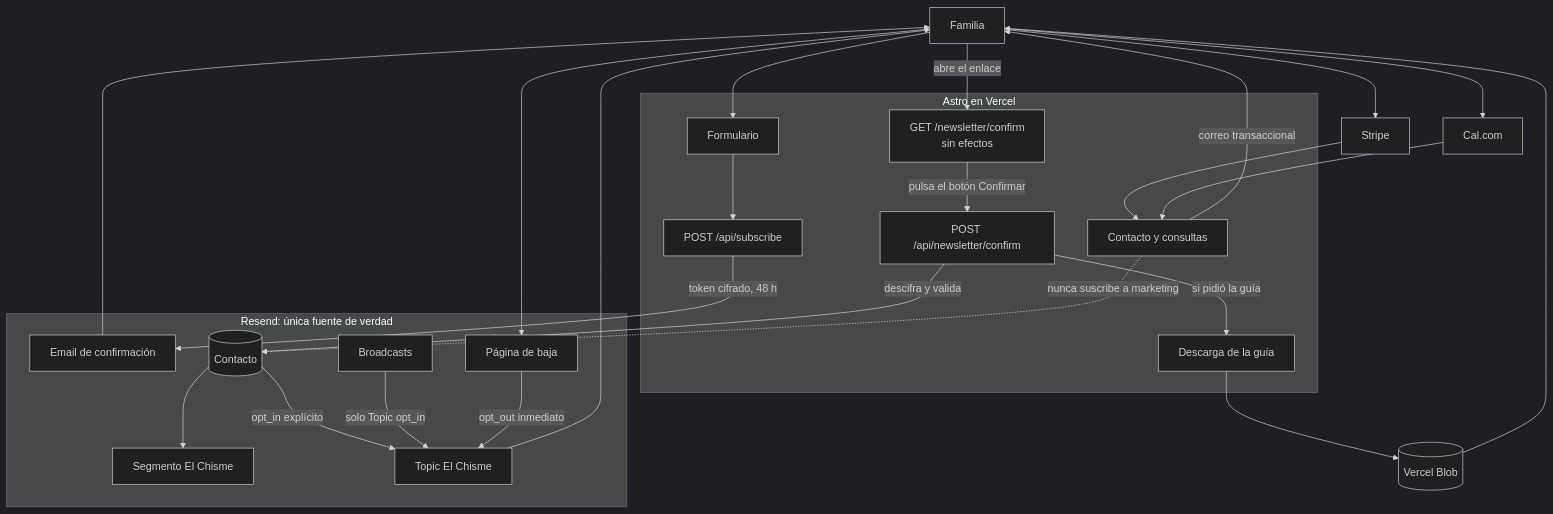
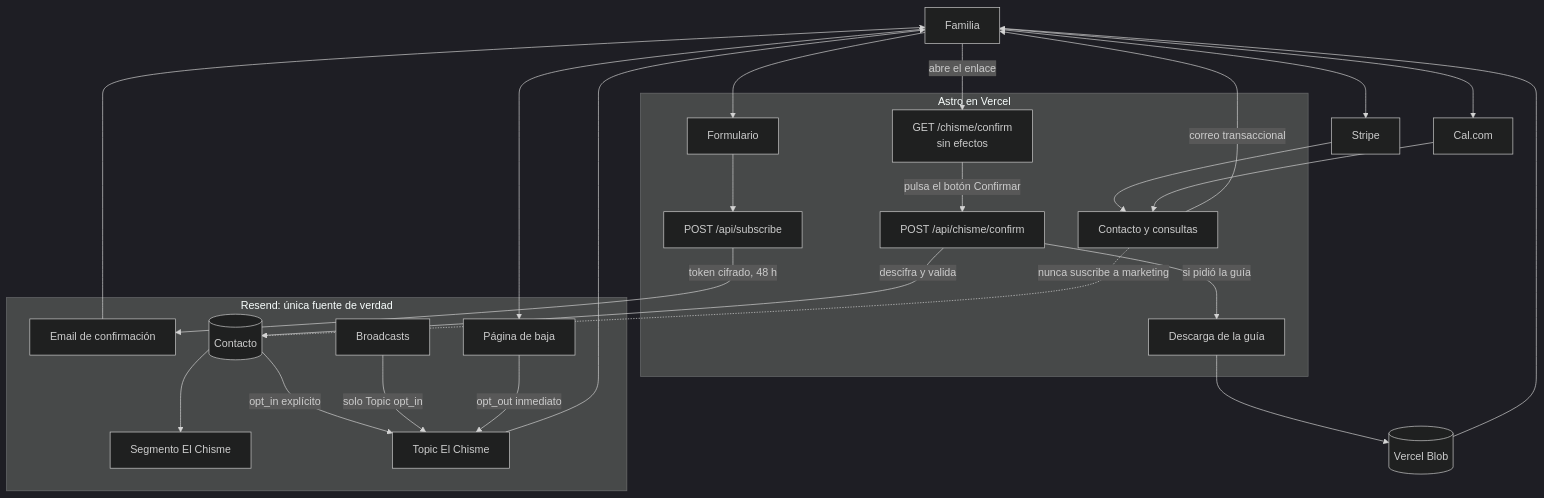
Before and after one commit to clinicapomelo-gif/pomelo-bby-web: the diagram in docs/arquitectura-doble-opt-in.md, drawn with Mermaid (dark theme). The commit also changed 11 other files, not shown here.

````diff
--- a/docs/arquitectura-doble-opt-in.md
+++ b/docs/arquitectura-doble-opt-in.md
@@ -13,43 +13,43 @@
 ```mermaid
 flowchart TB
     F[Familia]
 
     subgraph WEB[Astro en Vercel]
         FORM[Formulario]
         SUB[POST /api/subscribe]
-        LAND[GET /newsletter/confirm<br/>sin efectos]
-        CONF[POST /api/newsletter/confirm]
+        LAND[GET /chisme/confirm<br/>sin efectos]
+        CONF[POST /api/chisme/confirm]
         DOWN[Descarga de la guía]
         TX[Contacto y consultas]
     end
 
     subgraph RESEND[Resend: única fuente de verdad]
         EMAIL[Email de confirmación]
         CONTACT[(Contacto)]
         SEGMENT[Segmento El Chisme]
         TOPIC[Topic El Chisme]
         BROADCAST[Broadcasts]
         UNSUB[Página de baja]
     end
 
     BLOB[(Vercel Blob)]
     STRIPE[Stripe]
     CAL[Cal.com]
 
     F --> FORM --> SUB
     SUB -->|token cifrado, 48 h| EMAIL --> F
     F -->|abre el enlace| LAND
     LAND -->|pulsa el botón Confirmar| CONF
     CONF -->|descifra y valida| CONTACT
     CONTACT --> SEGMENT
     CONTACT -->|opt_in explícito| TOPIC
     CONF -->|si pidió la guía| DOWN --> BLOB --> F
 
     BROADCAST -->|solo Topic opt_in| TOPIC --> F
     F --> UNSUB -->|opt_out inmediato| TOPIC
 
     F --> STRIPE --> TX
     F --> CAL --> TX
     TX -->|correo transaccional| F
     TX -. nunca suscribe a marketing .-> CONTACT
 ```
````
